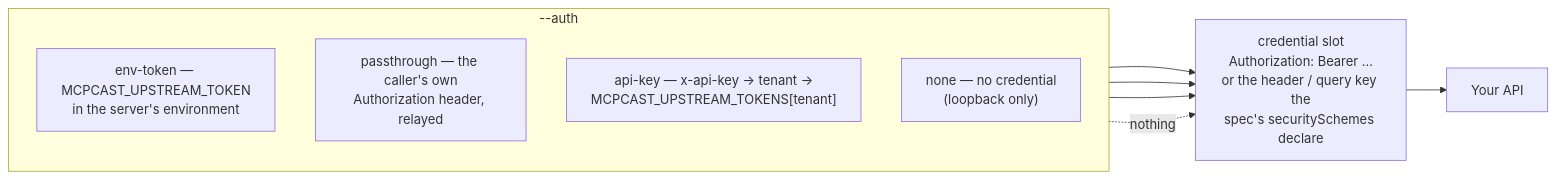
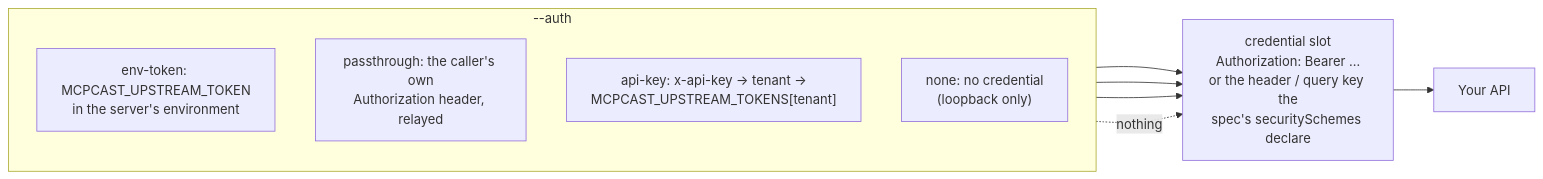
Before and after one commit to CloudEngineHub/DeepMCPAgent: the fifth of 5 diagrams in docs/mcpcast/index.md, drawn with Mermaid. The commit also changed other lines of this file and 4 other files, not shown here.

Commit message:
docs: plain punctuation in diagram labels

````diff
--- a/docs/mcpcast/index.md
+++ b/docs/mcpcast/index.md
@@ -311,16 +311,16 @@
 ```mermaid
 flowchart LR
     subgraph modes["--auth"]
         direction TB
-        E["env-token — MCPCAST_UPSTREAM_TOKEN<br/>in the server's environment"]
-        P["passthrough — the caller's own<br/>Authorization header, relayed"]
-        K["api-key — x-api-key → tenant →<br/>MCPCAST_UPSTREAM_TOKENS[tenant]"]
-        N["none — no credential<br/>(loopback only)"]
+        E["env-token: MCPCAST_UPSTREAM_TOKEN<br/>in the server's environment"]
+        P["passthrough: the caller's own<br/>Authorization header, relayed"]
+        K["api-key: x-api-key → tenant →<br/>MCPCAST_UPSTREAM_TOKENS[tenant]"]
+        N["none: no credential<br/>(loopback only)"]
     end
     slot["credential slot<br/>Authorization: Bearer …<br/>or the header / query key the<br/>spec's securitySchemes declare"]
     E --> slot
     P --> slot
     K --> slot
     N -. nothing .-> slot
     slot --> U["Your API"]
 ```
````
